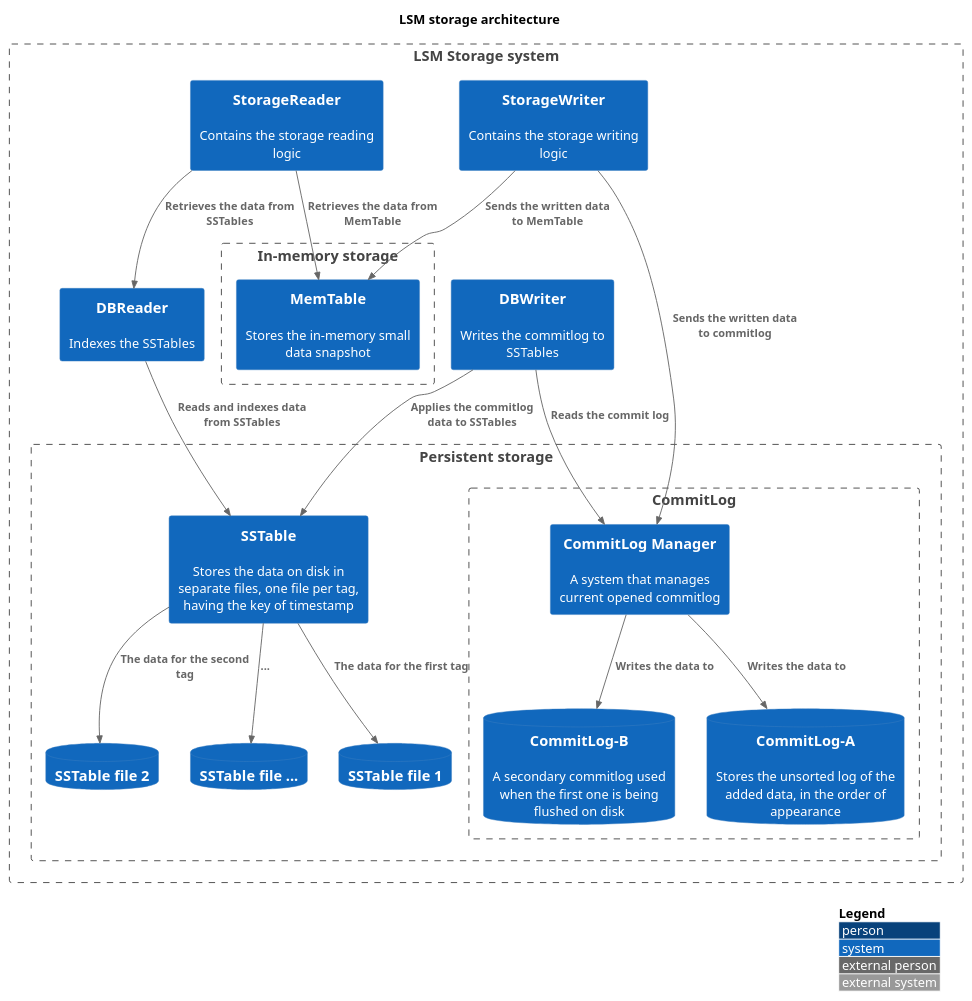
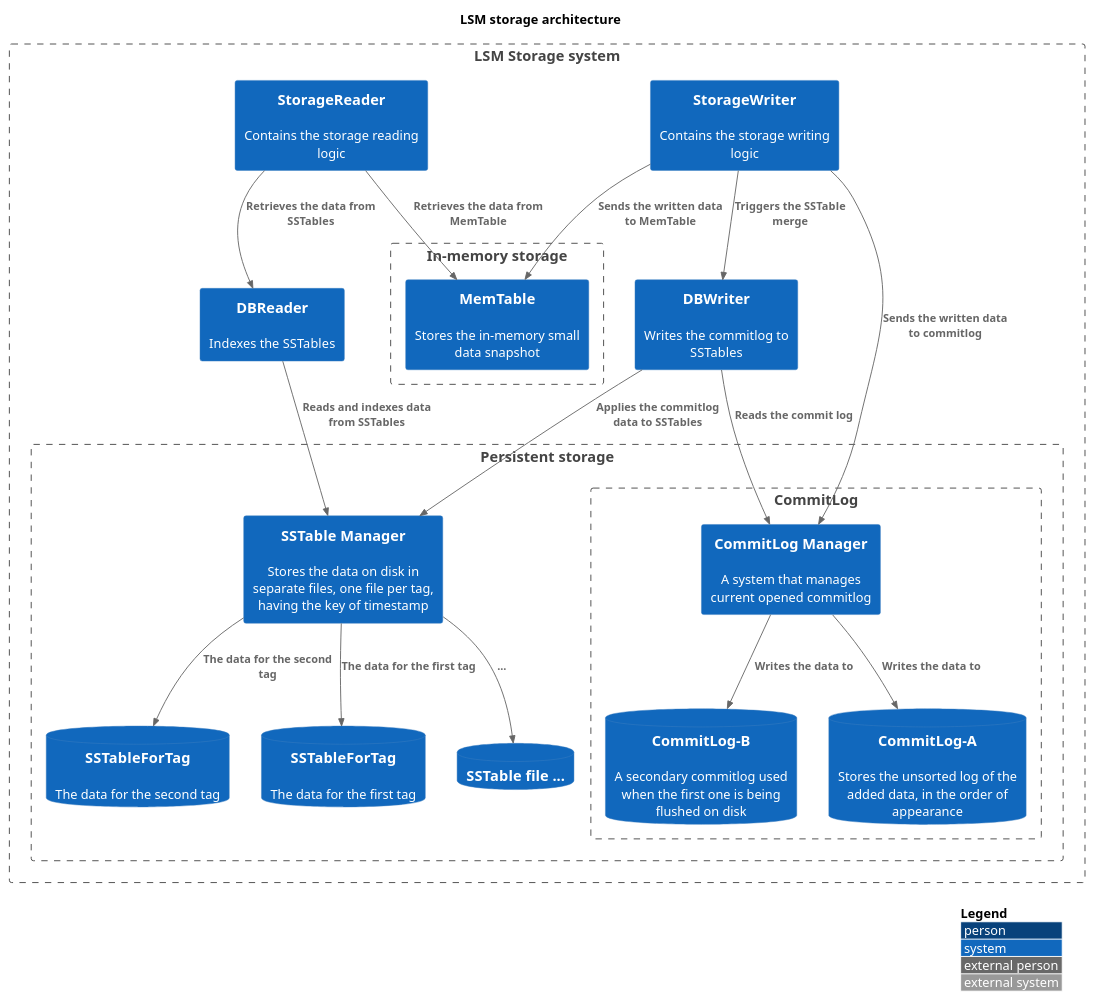
The diagram in architecture.puml (nikita-tomilov/golsm), drawn with PlantUML before and after one commit. The commit also changed 7 other files, not shown here.

Commit message:
all: add SSTable realisation for one tag

```diff
--- a/architecture.puml
+++ b/architecture.puml
@@ -1,54 +1,56 @@
 @startuml
 !include https://raw.githubusercontent.com/adrianvlupu/C4-PlantUML/latest/C4_Context.puml
 
 LAYOUT_WITH_LEGEND()
 
 title LSM storage architecture
 
 Boundary(storage, "LSM Storage system") {
 
     Boundary(inmem, "In-memory storage") {
         System(memtable, "MemTable", "Stores the in-memory small data snapshot")
 
     }
 
     Boundary(persistent, "Persistent storage") {
 
         Boundary(commitlog_system, "CommitLog") {
             System(commitlogManager, "CommitLog Manager", "A system that manages current opened commitlog")
             SystemDb(commitlogA, "CommitLog-A", "Stores the unsorted log of the added data, in the order of appearance")
             SystemDb(commitlogB, "CommitLog-B", "A secondary commitlog used when the first one is being flushed on disk")
         }
 
-        System(sstable, "SSTable", "Stores the data on disk in separate files, one file per tag, having the key of timestamp")
-        SystemDb(dbfile1, "SSTable file 1", "")
-        SystemDb(dbfile2, "SSTable file 2", "")
+        System(sstable, "SSTable Manager", "Stores the data on disk in separate files, one file per tag, having the key of timestamp")
         SystemDb(dbfile3, "SSTable file ...", "")
+        SystemDb(dbfile2, "SSTableForTag", "The data for the second tag")
+        SystemDb(dbfile1, "SSTableForTag", "The data for the first tag")
+
     }
 
     System(dbwriter, "DBWriter", "Writes the commitlog to SSTables")
     System(dbreader, "DBReader", "Indexes the SSTables")
 
     System(swriter, "StorageWriter", "Contains the storage writing logic")
     System(sreader, "StorageReader", "Contains the storage reading logic")
 }
 
 
 Rel(sstable, dbfile1, "The data for the first tag")
 Rel(sstable, dbfile2, "The data for the second tag")
 Rel(sstable, dbfile3, "...")
 
 Rel(commitlogManager, commitlogA, "Writes the data to")
 Rel(commitlogManager, commitlogB, "Writes the data to")
 
 Rel(dbwriter, commitlogManager, "Reads the commit log")
 Rel(dbwriter, sstable, "Applies the commitlog data to SSTables")
 Rel(dbreader, sstable, "Reads and indexes data from SSTables")
 
 Rel(swriter, commitlogManager, "Sends the written data to commitlog")
 Rel(swriter, memtable, "Sends the written data to MemTable")
+Rel(swriter, dbwriter, "Triggers the SSTable merge")
 
 Rel(sreader, memtable, "Retrieves the data from MemTable")
 Rel(sreader, dbreader, "Retrieves the data from SSTables")
 
 @enduml
```
